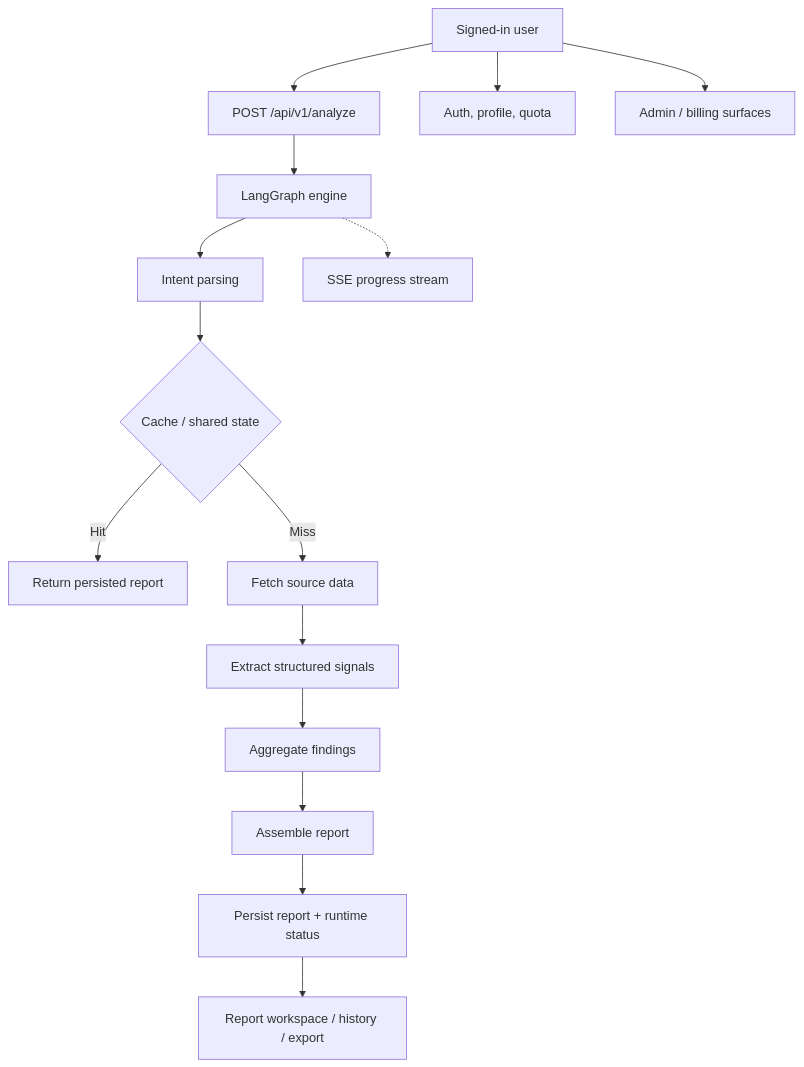
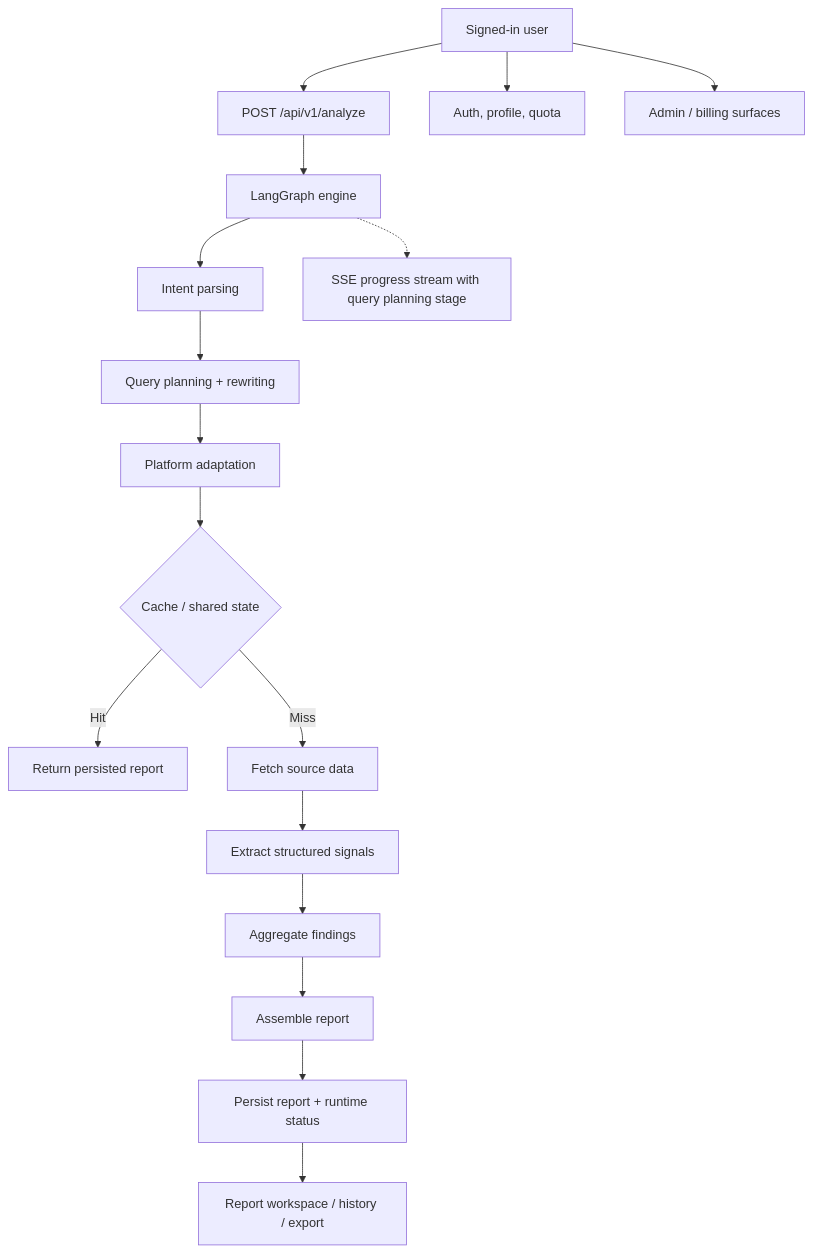
Before and after one commit to Tendo33/IdeaGo: the diagram in README.md, drawn with Mermaid. The commit also changed other lines of this file and 1 other file, not shown here.

Commit message:
docs(readme): refresh pipeline overview

````diff
--- a/README.md
+++ b/README.md
@@ -195,17 +200,19 @@
 ```mermaid
 flowchart TD
     A["Signed-in user"] --> B["POST /api/v1/analyze"]
     B --> C["LangGraph engine"]
     C --> D["Intent parsing"]
-    D --> E{"Cache / shared state"}
-    E -->|Hit| F["Return persisted report"]
-    E -->|Miss| G["Fetch source data"]
-    G --> H["Extract structured signals"]
-    H --> I["Aggregate findings"]
-    I --> J["Assemble report"]
-    J --> K["Persist report + runtime status"]
-    K --> L["Report workspace / history / export"]
-    A --> M["Auth, profile, quota"]
-    A --> N["Admin / billing surfaces"]
-    C -.-> O["SSE progress stream"]
+    D --> E["Query planning + rewriting"]
+    E --> F["Platform adaptation"]
+    F --> G{"Cache / shared state"}
+    G -->|Hit| H["Return persisted report"]
+    G -->|Miss| I["Fetch source data"]
+    I --> J["Extract structured signals"]
+    J --> K["Aggregate findings"]
+    K --> L["Assemble report"]
+    L --> M["Persist report + runtime status"]
+    M --> N["Report workspace / history / export"]
+    A --> O["Auth, profile, quota"]
+    A --> P["Admin / billing surfaces"]
+    C -.-> Q["SSE progress stream with query planning stage"]
 ```
````
